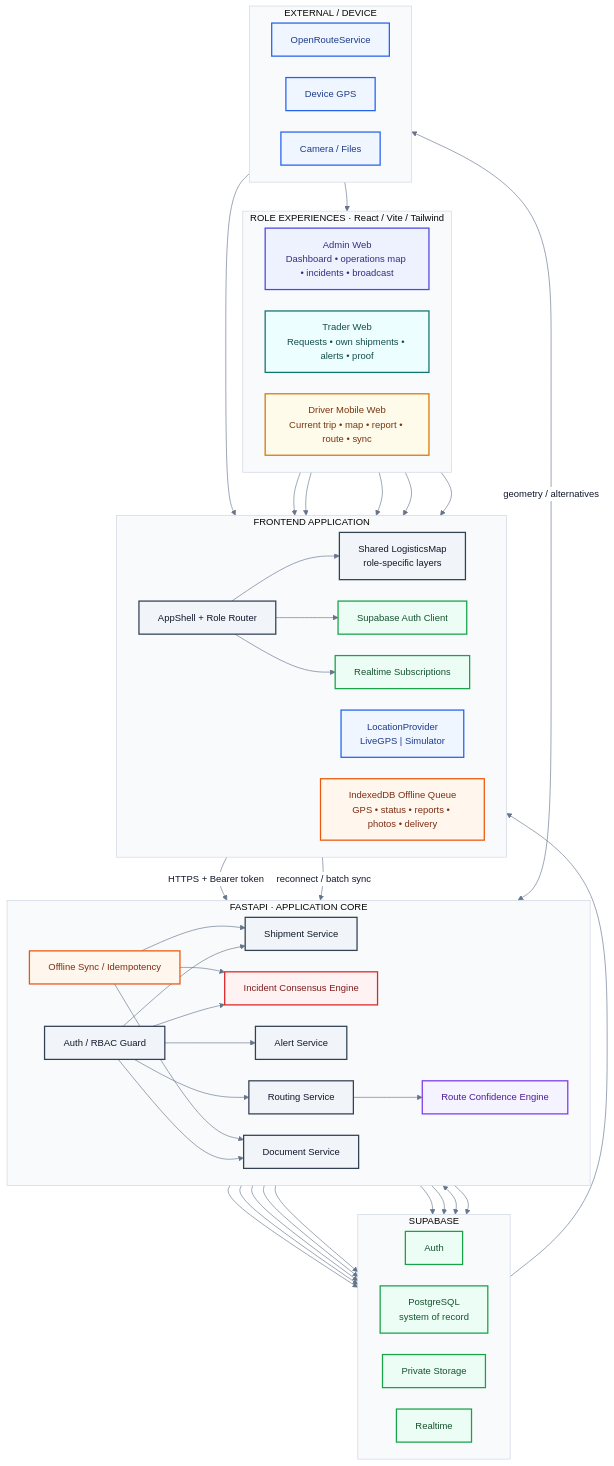
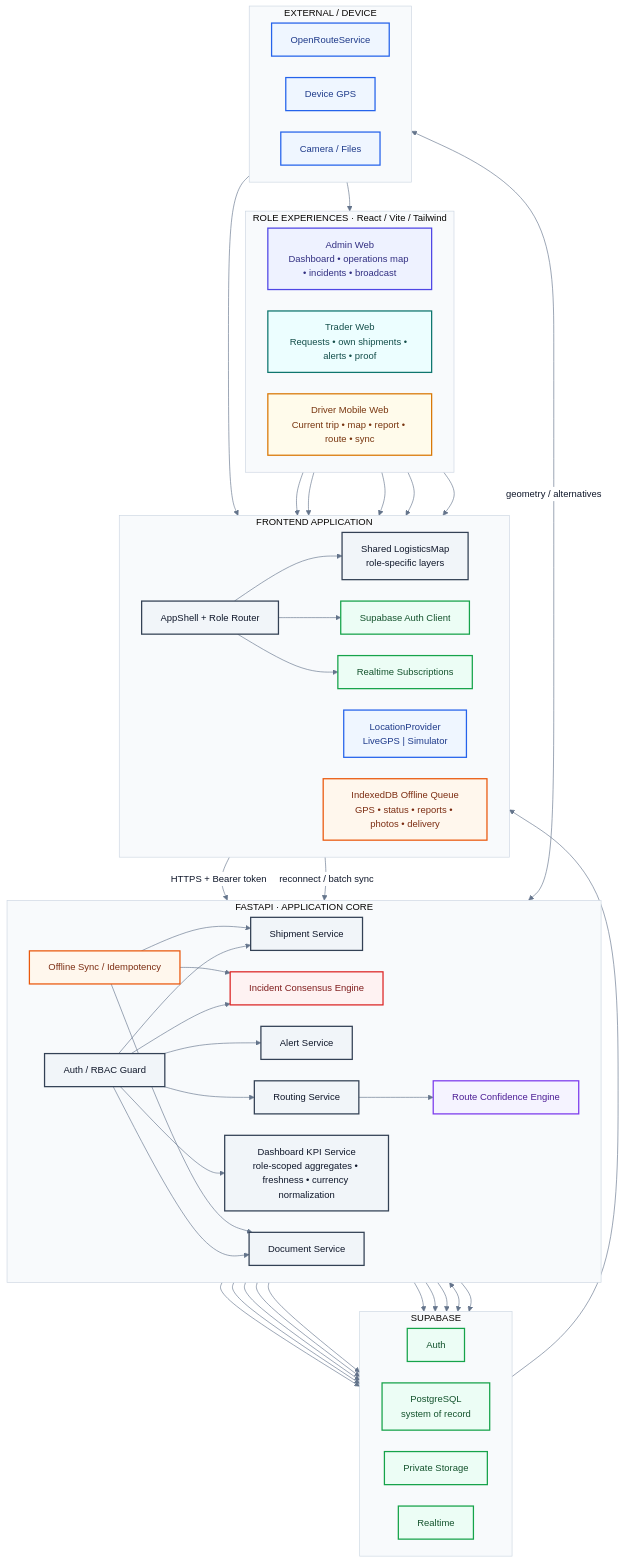
Before and after one commit to Aung-Ko-Ko-Oo/Rapid-Prototype-for-Myanmar-Logistics-Tracking-System: the diagram in doc/mermaid/02-technical-architecture.mmd, drawn with Mermaid. The commit also changed 49 other files, not shown here.

```diff
--- a/doc/mermaid/02-technical-architecture.mmd
+++ b/doc/mermaid/02-technical-architecture.mmd
@@ -1,91 +1,94 @@
 %%{init: {"theme":"base","flowchart":{"curve":"basis","htmlLabels":true,"nodeSpacing":34,"rankSpacing":46},"themeVariables":{"fontFamily":"Inter, ui-sans-serif, system-ui, -apple-system, Segoe UI, sans-serif","fontSize":"15px","primaryTextColor":"#0f172a","lineColor":"#64748b","clusterBkg":"#f8fafc","clusterBorder":"#cbd5e1","edgeLabelBackground":"#ffffff","tertiaryColor":"#f8fafc"}}}%%
 flowchart TB
   subgraph UX["ROLE EXPERIENCES · React / Vite / Tailwind"]
     direction LR
     ADM["Admin Web<br/>Dashboard • operations map • incidents • broadcast"]:::admin
     TRD["Trader Web<br/>Requests • own shipments • alerts • proof"]:::trader
     DRV["Driver Mobile Web<br/>Current trip • map • report • route • sync"]:::driver
   end
 
   subgraph FE["FRONTEND APPLICATION"]
     direction LR
     SHELL["AppShell + Role Router"]:::core
     MAP["Shared LogisticsMap<br/>role-specific layers"]:::core
     AUTHC["Supabase Auth Client"]:::data
     RT["Realtime Subscriptions"]:::data
     LOC["LocationProvider<br/>LiveGPS | Simulator"]:::external
     QUEUE["IndexedDB Offline Queue<br/>GPS • status • reports • photos • delivery"]:::offline
   end
 
   subgraph API["FASTAPI · APPLICATION CORE"]
     direction LR
     AUTH["Auth / RBAC Guard"]:::core
     SHIP["Shipment Service"]:::core
     INC["Incident Consensus Engine"]:::warn
     ALERT["Alert Service"]:::core
     ROUTE["Routing Service"]:::core
     CONF["Route Confidence Engine"]:::adaptive
+    KPI["Dashboard KPI Service<br/>role-scoped aggregates • freshness • currency normalization"]:::core
     DOC["Document Service"]:::core
     SYNC["Offline Sync / Idempotency"]:::offline
   end
 
   subgraph DB["SUPABASE"]
     direction LR
     SAUTH["Auth"]:::data
     PG["PostgreSQL<br/>system of record"]:::data
     STORE["Private Storage"]:::data
     SRT["Realtime"]:::data
   end
 
   subgraph EXT["EXTERNAL / DEVICE"]
     direction LR
     ORS["OpenRouteService"]:::external
     GPS["Device GPS"]:::external
     CAMERA["Camera / Files"]:::external
   end
 
   ADM --> SHELL
   TRD --> SHELL
   DRV --> SHELL
   SHELL --> MAP
   SHELL --> AUTHC
   SHELL --> RT
   DRV --> LOC
   DRV --> QUEUE
   GPS --> LOC
   CAMERA --> DRV
 
   SHELL -->|"HTTPS + Bearer token"| AUTH
   QUEUE -->|"reconnect / batch sync"| SYNC
   AUTH --> SHIP
   AUTH --> INC
   AUTH --> ALERT
   AUTH --> ROUTE
+  AUTH --> KPI
   AUTH --> DOC
   SYNC --> SHIP
   SYNC --> INC
   SYNC --> DOC
   SHIP --> PG
   INC --> PG
   ALERT --> PG
   ROUTE --> PG
+  KPI --> PG
   CONF --> PG
   DOC --> PG
   DOC --> STORE
   AUTH <--> SAUTH
   ALERT --> SRT
   SRT --> RT
   ROUTE <-->|"geometry / alternatives"| ORS
   ROUTE --> CONF
 
 classDef admin fill:#eef2ff,stroke:#4f46e5,color:#312e81,stroke-width:2px;
 classDef trader fill:#ecfeff,stroke:#0f766e,color:#134e4a,stroke-width:2px;
 classDef driver fill:#fffbeb,stroke:#d97706,color:#78350f,stroke-width:2px;
 classDef core fill:#f1f5f9,stroke:#334155,color:#0f172a,stroke-width:2px;
 classDef data fill:#ecfdf5,stroke:#16a34a,color:#14532d,stroke-width:2px;
 classDef external fill:#eff6ff,stroke:#2563eb,color:#1e3a8a,stroke-width:2px;
 classDef offline fill:#fff7ed,stroke:#ea580c,color:#7c2d12,stroke-width:2px;
 classDef warn fill:#fef2f2,stroke:#dc2626,color:#7f1d1d,stroke-width:2px;
 classDef adaptive fill:#f5f3ff,stroke:#7c3aed,color:#4c1d95,stroke-width:2px;
 classDef success fill:#f0fdf4,stroke:#22c55e,color:#14532d,stroke-width:2px;
 classDef muted fill:#f8fafc,stroke:#94a3b8,color:#475569,stroke-width:1.5px;
```
